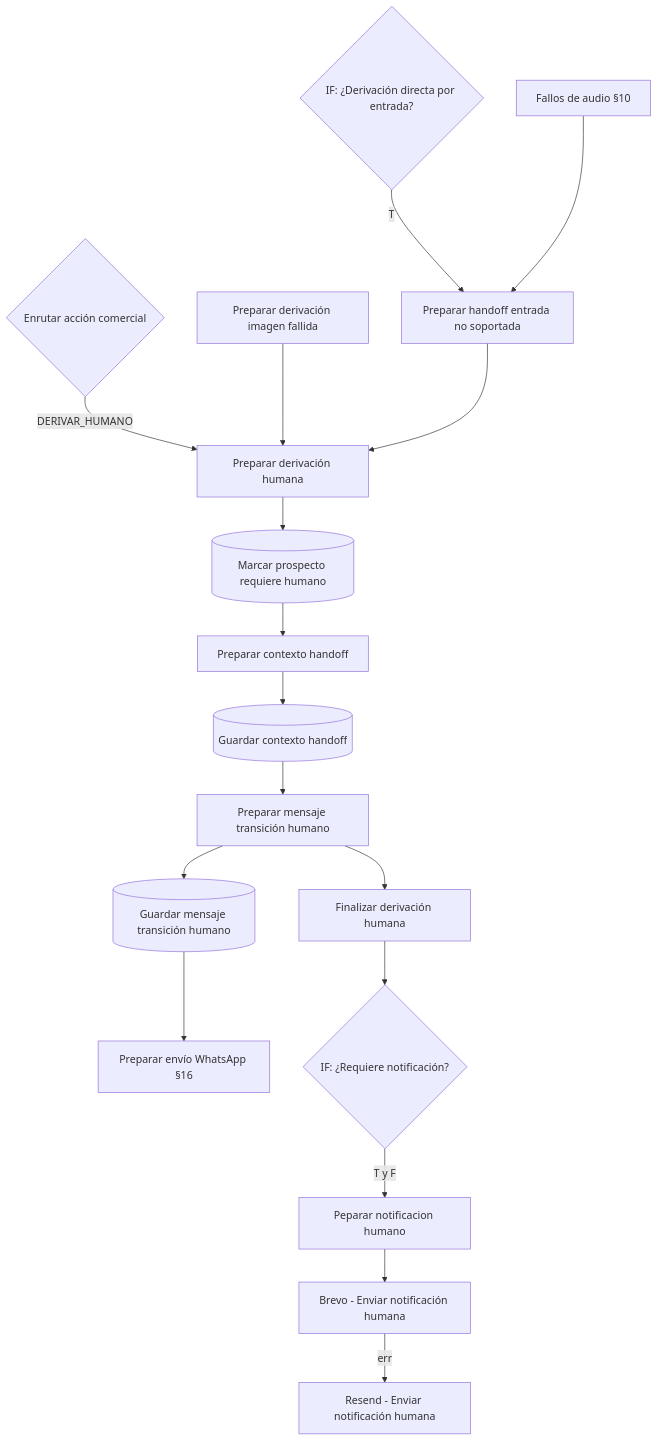
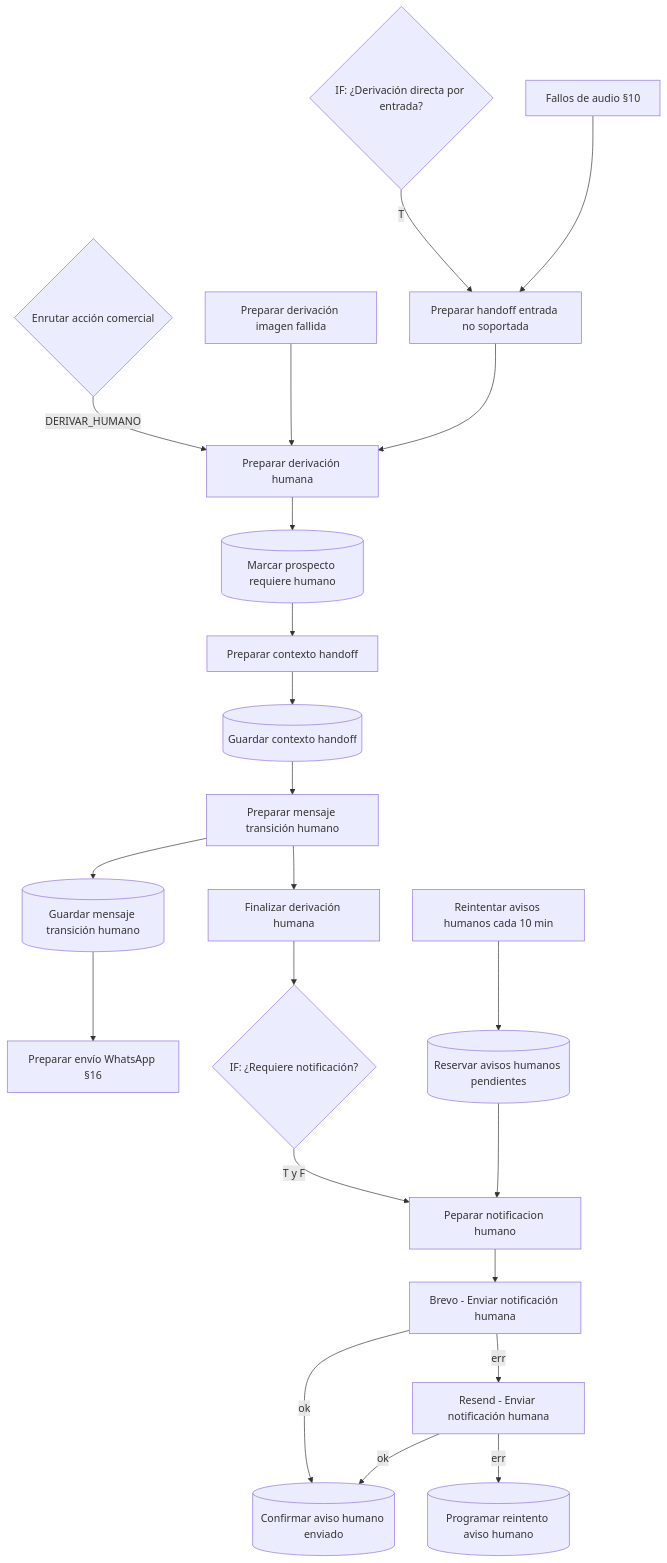
Before and after one commit to Theborycuas/pegaso-n8n: diagram 14 of 16 in docs/FLUJO-WORKFLOW-PEGASO.md, drawn with Mermaid. The commit also changed other lines of this file and 26 other files, not shown here.

````diff
--- a/docs/FLUJO-WORKFLOW-PEGASO.md
+++ b/docs/FLUJO-WORKFLOW-PEGASO.md
@@ -529,13 +529,17 @@
 ```mermaid
 flowchart TD
     SW{Enrutar acción comercial} -->|DERIVAR_HUMANO| PDH[Preparar derivación humana]
     PDF[Preparar derivación imagen fallida] --> PDH
     DD{IF: ¿Derivación directa por entrada?} -->|T| PHE[Preparar handoff entrada no soportada]
     AUD[Fallos de audio §10] --> PHE
     PHE --> PDH
     PDH --> MRH[(Marcar prospecto requiere humano)] --> PCH[Preparar contexto handoff] --> GCH[(Guardar contexto handoff)] --> PMT[Preparar mensaje transición humano]
     PMT --> GMT[(Guardar mensaje transición humano)] --> OUT[Preparar envío WhatsApp §16]
     PMT --> FDH[Finalizar derivación humana] --> RN{IF: ¿Requiere notificación?}
     RN -->|T y F| PNH[Peparar notificacion humano] --> BR[Brevo - Enviar notificación humana]
     BR -->|err| RS[Resend - Enviar notificación humana]
+    BR -->|ok| CA[(Confirmar aviso humano enviado)]
+    RS -->|ok| CA
+    RS -->|err| PR[(Programar reintento aviso humano)]
+    RAH[Reintentar avisos humanos cada 10 min] --> RES[(Reservar avisos humanos pendientes)] --> PNH
 ```
````
